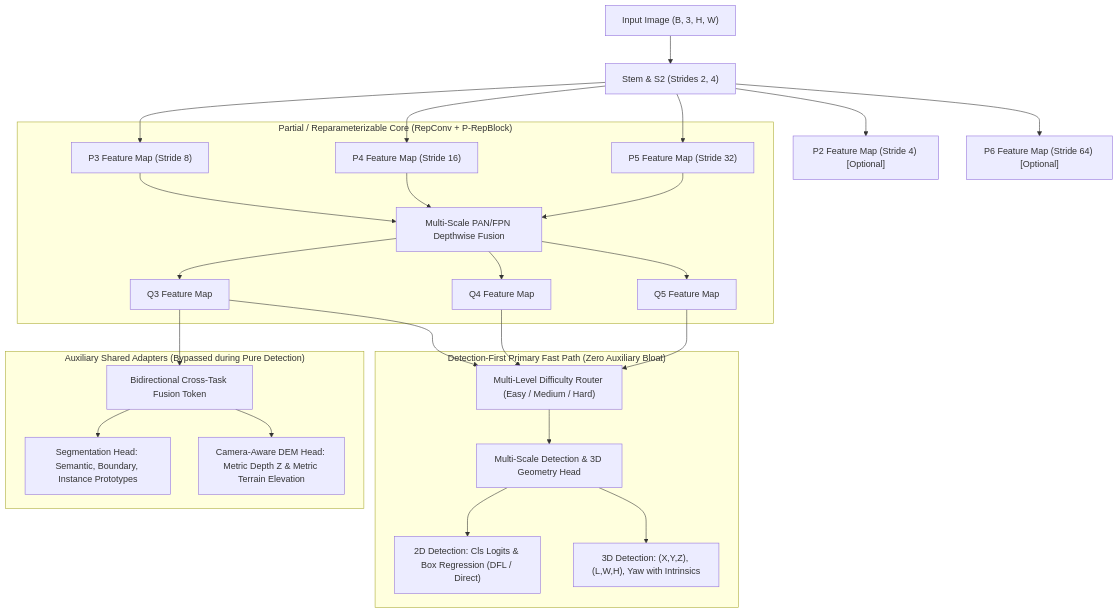
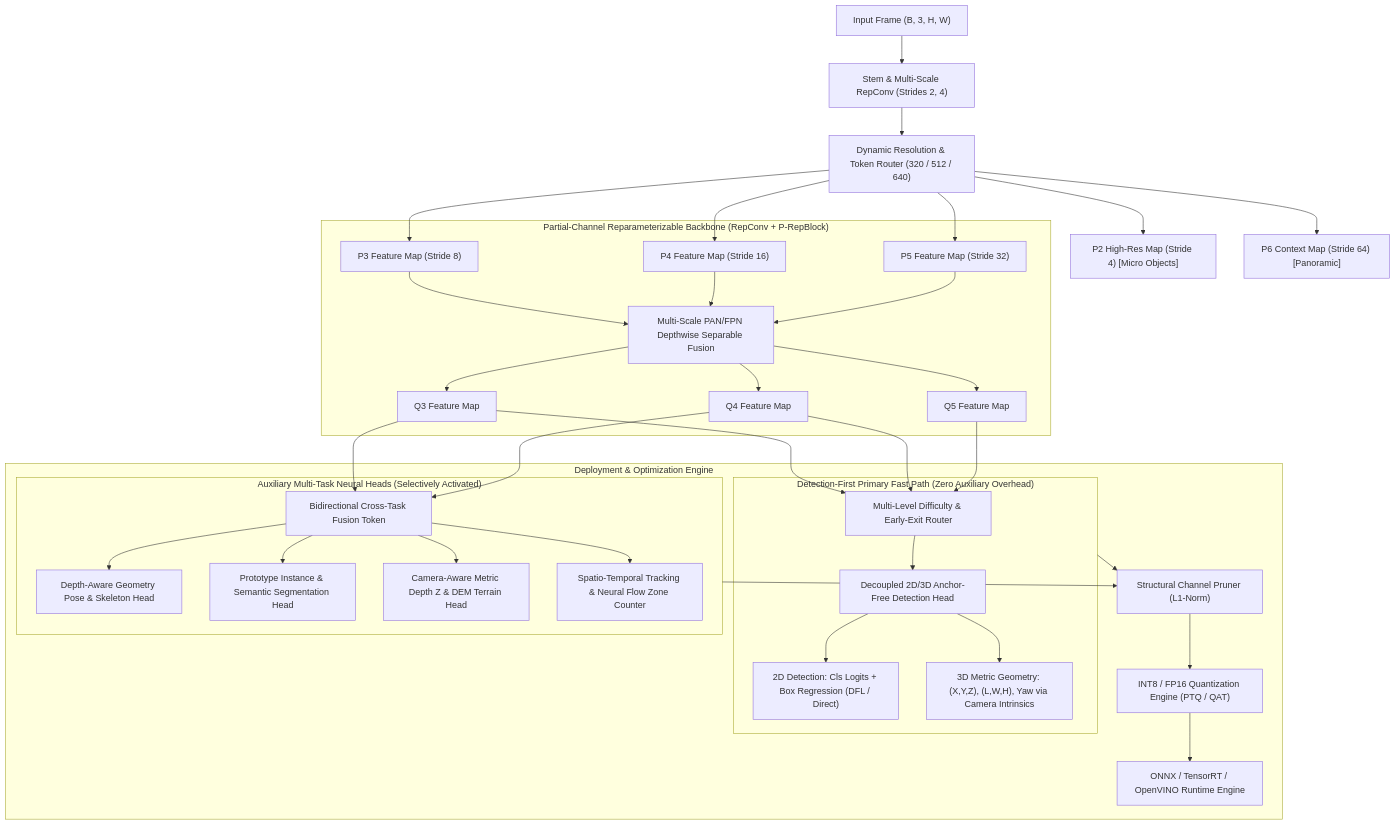
Before and after one commit to ELANGKATHIR11/Neuravex: the diagram in README.md, drawn with Mermaid. The commit also changed other lines of this file and 92 other files, not shown here.

Commit message:
refactor(core): remove frontend/UI backend, upgrade to pure DL architecture v0.2.0, update package metadata and architecture specification

````diff
--- a/README.md
+++ b/README.md
@@ -44,29 +42,38 @@
 ```mermaid
 flowchart TD
-    Input["Input Image (B, 3, H, W)"] --> Stem["Stem & S2 (Strides 2, 4)"]
-    Stem --> P2Opt["P2 Feature Map (Stride 4) [Optional]"]
-    Stem --> P3["P3 Feature Map (Stride 8)"]
-    Stem --> P4["P4 Feature Map (Stride 16)"]
-    Stem --> P5["P5 Feature Map (Stride 32)"]
-    Stem --> P6Opt["P6 Feature Map (Stride 64) [Optional]"]
+    Input["Input Frame (B, 3, H, W)"] --> Stem["Stem & Multi-Scale RepConv (Strides 2, 4)"]
+    Stem --> DynRes["Dynamic Resolution & Token Router (320 / 512 / 640)"]
+    DynRes --> P2Opt["P2 High-Res Map (Stride 4) [Micro Objects]"]
+    DynRes --> P3["P3 Feature Map (Stride 8)"]
+    DynRes --> P4["P4 Feature Map (Stride 16)"]
+    DynRes --> P5["P5 Feature Map (Stride 32)"]
+    DynRes --> P6Opt["P6 Context Map (Stride 64) [Panoramic]"]
 
-    subgraph Core["Partial / Reparameterizable Core (RepConv + P-RepBlock)"]
-        P3 & P4 & P5 --> PANet["Multi-Scale PAN/FPN Depthwise Fusion"]
+    subgraph Core["Partial-Channel Reparameterizable Backbone (RepConv + P-RepBlock)"]
+        P3 & P4 & P5 --> PANet["Multi-Scale PAN/FPN Depthwise Separable Fusion"]
         PANet --> Q3["Q3 Feature Map"]
         PANet --> Q4["Q4 Feature Map"]
         PANet --> Q5["Q5 Feature Map"]
     end
 
-    subgraph FastPath["Detection-First Primary Fast Path (Zero Auxiliary Bloat)"]
-        Q3 & Q4 & Q5 --> Router["Multi-Level Difficulty Router (Easy / Medium / Hard)"]
-        Router --> DetHead["Multi-Scale Detection & 3D Geometry Head"]
-        DetHead --> Out2D["2D Detection: Cls Logits & Box Regression (DFL / Direct)"]
-        DetHead --> Out3D["3D Detection: (X,Y,Z), (L,W,H), Yaw with Intrinsics"]
+    subgraph FastPath["Detection-First Primary Fast Path (Zero Auxiliary Overhead)"]
+        Q3 & Q4 & Q5 --> Router["Multi-Level Difficulty & Early-Exit Router"]
+        Router --> DetHead["Decoupled 2D/3D Anchor-Free Detection Head"]
+        DetHead --> Out2D["2D Detection: Cls Logits + Box Regression (DFL / Direct)"]
+        DetHead --> Out3D["3D Metric Geometry: (X,Y,Z), (L,W,H), Yaw via Camera Intrinsics"]
     end
 
-    subgraph Auxiliary["Auxiliary Shared Adapters (Bypassed during Pure Detection)"]
-        Q3 --> Fusion["Bidirectional Cross-Task Fusion Token"]
-        Fusion --> SegHead["Segmentation Head: Semantic, Boundary, Instance Prototypes"]
-        Fusion --> DEM["Camera-Aware DEM Head: Metric Depth Z & Metric Terrain Elevation"]
+    subgraph Auxiliary["Auxiliary Multi-Task Neural Heads (Selectively Activated)"]
+        Q3 & Q4 --> CrossAdapter["Bidirectional Cross-Task Fusion Token"]
+        CrossAdapter --> PoseHead["Depth-Aware Geometry Pose & Skeleton Head"]
+        CrossAdapter --> SegHead["Prototype Instance & Semantic Segmentation Head"]
+        CrossAdapter --> DEMHead["Camera-Aware Metric Depth Z & DEM Terrain Head"]
+        CrossAdapter --> FlowHead["Spatio-Temporal Tracking & Neural Flow Zone Counter"]
+    end
+
+    subgraph EdgeDeploy["Deployment & Optimization Engine"]
+        FastPath & Auxiliary --> Pruning["Structural Channel Pruner (L1-Norm)"]
+        Pruning --> Quant["INT8 / FP16 Quantization Engine (PTQ / QAT)"]
+        Quant --> ONNX["ONNX / TensorRT / OpenVINO Runtime Engine"]
     end
 ```
````
